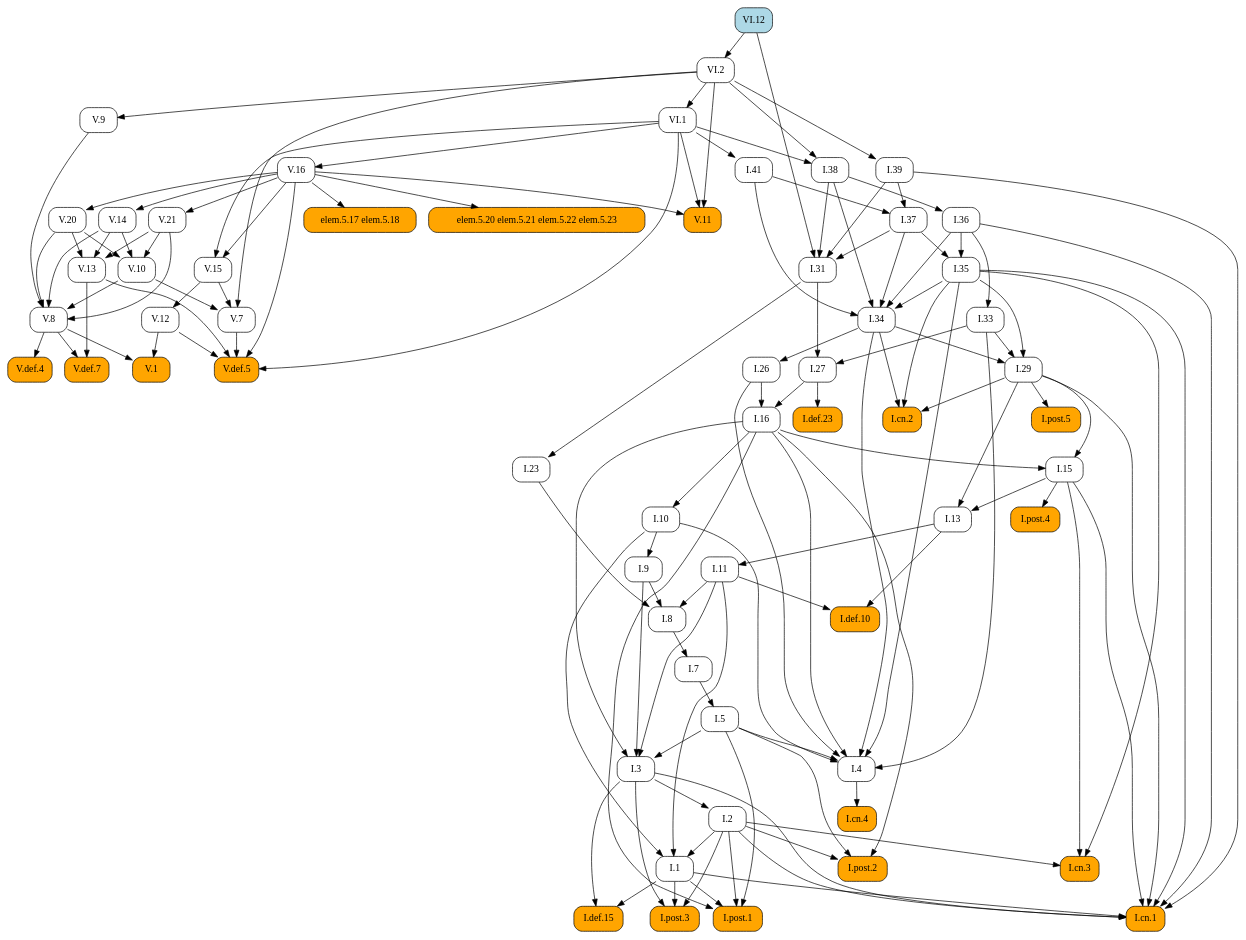
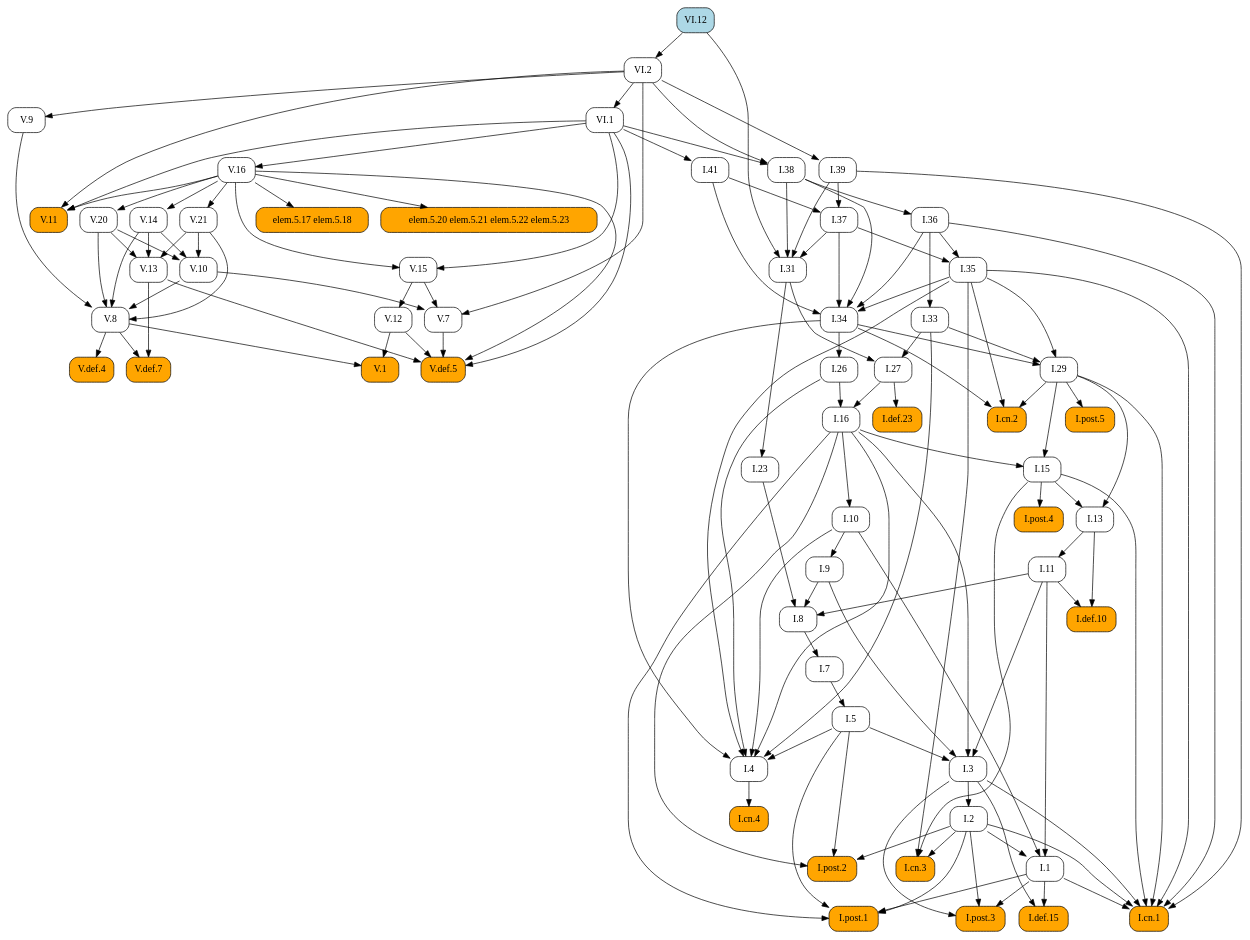
One commit to geometor/elements changed the diagram in docsrc/elements2/VI/12/index.rst. Above: the diagram before and after it, drawn with Graphviz. The commit also changed other lines of this file and 171 other files, not shown here.

```diff
--- a/docsrc/elements2/VI/12/index.rst
+++ b/docsrc/elements2/VI/12/index.rst
@@ -38,165 +38,136 @@
    digraph {
      rankdir="TB";
      node [shape=box, style=rounded];
-     "I.37" [URL="/elements2/I/37/", target="_top"];
+     "I.8" [URL="/elements2/I/8/", target="_top"];
+     "V.20" [URL="/elements2/V/20/", target="_top"];
+     "I.36" [URL="/elements2/I/36/", target="_top"];
+     "V.def.5" [style="rounded,filled", fillcolor=orange, URL="/elements2/V/def.5/", target="_top"];
+     "VI.12" [style="rounded,filled", fillcolor=lightblue, URL="/elements2/VI/12/", target="_top"];
+     "V.def.7" [style="rounded,filled", fillcolor=orange, URL="/elements2/V/def.7/", target="_top"];
+     "I.post.1" [style="rounded,filled", fillcolor=orange, URL="/elements2/I/post.1/", target="_top"];
+     "V.def.4" [style="rounded,filled", fillcolor=orange, URL="/elements2/V/def.4/", target="_top"];
+     "I.33" [URL="/elements2/I/33/", target="_top"];
+     "I.5" [URL="/elements2/I/5/", target="_top"];
+     "I.38" [URL="/elements2/I/38/", target="_top"];
      "elem.5.17 elem.5.18" [style="rounded,filled", fillcolor=orange];
+     "VI.1" [URL="/elements2/VI/1/", target="_top"];
+     "V.11" [style="rounded,filled", fillcolor=orange, URL="/elements2/V/11/", target="_top"];
+     "I.post.5" [style="rounded,filled", fillcolor=orange, URL="/elements2/I/post.5/", target="_top"];
+     "V.13" [URL="/elements2/V/13/", target="_top"];
+     "I.def.10" [style="rounded,filled", fillcolor=orange, URL="/elements2/I/def.10/", target="_top"];
+     "I.cn.2" [style="rounded,filled", fillcolor=orange, URL="/elements2/I/cn.2/", target="_top"];
+     "V.9" [URL="/elements2/V/9/", target="_top"];
+     "V.16" [URL="/elements2/V/16/", target="_top"];
+     "I.def.15" [style="rounded,filled", fillcolor=orange, URL="/elements2/I/def.15/", target="_top"];
+     "I.31" [URL="/elements2/I/31/", target="_top"];
+     "V.15" [URL="/elements2/V/15/", target="_top"];
+     "I.11" [URL="/elements2/I/11/", target="_top"];
+     "I.3" [URL="/elements2/I/3/", target="_top"];
+     "I.def.23" [style="rounded,filled", fillcolor=orange, URL="/elements2/I/def.23/", target="_top"];
+     "I.post.2" [style="rounded,filled", fillcolor=orange, URL="/elements2/I/post.2/", target="_top"];
+     "I.26" [URL="/elements2/I/26/", target="_top"];
+     "V.14" [URL="/elements2/V/14/", target="_top"];
+     "V.10" [URL="/elements2/V/10/", target="_top"];
+     "I.1" [URL="/elements2/I/1/", target="_top"];
+     "I.cn.3" [style="rounded,filled", fillcolor=orange, URL="/elements2/I/cn.3/", target="_top"];
+     "I.cn.4" [style="rounded,filled", fillcolor=orange, URL="/elements2/I/cn.4/", target="_top"];
+     "I.7" [URL="/elements2/I/7/", target="_top"];
+     "I.9" [URL="/elements2/I/9/", target="_top"];
      "V.7" [URL="/elements2/V/7/", target="_top"];
-     "I.def.10" [style="rounded,filled", fillcolor=orange, URL="/elements2/I/def.10/", target="_top"];
-     "VI.12" [style="rounded,filled", fillcolor=lightblue, URL="/elements2/VI/12/", target="_top"];
-     "I.34" [URL="/elements2/I/34/", target="_top"];
-     "V.def.5" [style="rounded,filled", fillcolor=orange, URL="/elements2/V/def.5/", target="_top"];
-     "I.def.15" [style="rounded,filled", fillcolor=orange, URL="/elements2/I/def.15/", target="_top"];
-     "I.post.3" [style="rounded,filled", fillcolor=orange, URL="/elements2/I/post.3/", target="_top"];
-     "I.cn.4" [style="rounded,filled", fillcolor=orange, URL="/elements2/I/cn.4/", target="_top"];
-     "V.def.7" [style="rounded,filled", fillcolor=orange, URL="/elements2/V/def.7/", target="_top"];
-     "I.41" [URL="/elements2/I/41/", target="_top"];
-     "I.36" [URL="/elements2/I/36/", target="_top"];
-     "I.27" [URL="/elements2/I/27/", target="_top"];
-     "V.10" [URL="/elements2/V/10/", target="_top"];
-     "I.post.2" [style="rounded,filled", fillcolor=orange, URL="/elements2/I/post.2/", target="_top"];
-     "I.13" [URL="/elements2/I/13/", target="_top"];
-     "I.10" [URL="/elements2/I/10/", target="_top"];
-     "I.post.1" [style="rounded,filled", fillcolor=orange, URL="/elements2/I/post.1/", target="_top"];
-     "I.7" [URL="/elements2/I/7/", target="_top"];
-     "V.15" [URL="/elements2/V/15/", target="_top"];
-     "V.14" [URL="/elements2/V/14/", target="_top"];
-     "I.11" [URL="/elements2/I/11/", target="_top"];
-     "I.4" [URL="/elements2/I/4/", target="_top"];
-     "V.13" [URL="/elements2/V/13/", target="_top"];
-     "V.16" [URL="/elements2/V/16/", target="_top"];
+     "I.cn.1" [style="rounded,filled", fillcolor=orange, URL="/elements2/I/cn.1/", target="_top"];
+     "I.29" [URL="/elements2/I/29/", target="_top"];
+     "I.16" [URL="/elements2/I/16/", target="_top"];
      "V.1" [style="rounded,filled", fillcolor=orange, URL="/elements2/V/1/", target="_top"];
-     "I.16" [URL="/elements2/I/16/", target="_top"];
-     "I.def.23" [style="rounded,filled", fillcolor=orange, URL="/elements2/I/def.23/", target="_top"];
+     "V.12" [URL="/elements2/V/12/", target="_top"];
      "V.21" [URL="/elements2/V/21/", target="_top"];
      "elem.5.20 elem.5.21 elem.5.22 elem.5.23" [style="rounded,filled", fillcolor=orange];
-     "I.9" [URL="/elements2/I/9/", target="_top"];
-     "I.38" [URL="/elements2/I/38/", target="_top"];
-     "I.8" [URL="/elements2/I/8/", target="_top"];
+     "I.41" [URL="/elements2/I/41/", target="_top"];
+     "I.35" [URL="/elements2/I/35/", target="_top"];
+     "I.13" [URL="/elements2/I/13/", target="_top"];
+     "I.post.4" [style="rounded,filled", fillcolor=orange, URL="/elements2/I/post.4/", target="_top"];
+     "I.27" [URL="/elements2/I/27/", target="_top"];
+     "I.37" [URL="/elements2/I/37/", target="_top"];
+     "I.2" [URL="/elements2/I/2/", target="_top"];
+     "I.4" [URL="/elements2/I/4/", target="_top"];
+     "V.8" [URL="/elements2/V/8/", target="_top"];
+     "VI.2" [URL="/elements2/VI/2/", target="_top"];
+     "I.39" [URL="/elements2/I/39/", target="_top"];
+     "I.10" [URL="/elements2/I/10/", target="_top"];
+     "I.15" [URL="/elements2/I/15/", target="_top"];
+     "I.34" [URL="/elements2/I/34/", target="_top"];
      "I.23" [URL="/elements2/I/23/", target="_top"];
-     "I.15" [URL="/elements2/I/15/", target="_top"];
-     "I.26" [URL="/elements2/I/26/", target="_top"];
-     "VI.2" [URL="/elements2/VI/2/", target="_top"];
-     "I.cn.2" [style="rounded,filled", fillcolor=orange, URL="/elements2/I/cn.2/", target="_top"];
-     "I.2" [URL="/elements2/I/2/", target="_top"];
-     "I.post.5" [style="rounded,filled", fillcolor=orange, URL="/elements2/I/post.5/", target="_top"];
-     "VI.1" [URL="/elements2/VI/1/", target="_top"];
-     "I.1" [URL="/elements2/I/1/", target="_top"];
-     "I.35" [URL="/elements2/I/35/", target="_top"];
-     "V.def.4" [style="rounded,filled", fillcolor=orange, URL="/elements2/V/def.4/", target="_top"];
-     "V.11" [style="rounded,filled", fillcolor=orange, URL="/elements2/V/11/", target="_top"];
-     "V.12" [URL="/elements2/V/12/", target="_top"];
-     "I.33" [URL="/elements2/I/33/", target="_top"];
-     "I.31" [URL="/elements2/I/31/", target="_top"];
-     "I.post.4" [style="rounded,filled", fillcolor=orange, URL="/elements2/I/post.4/", target="_top"];
-     "I.39" [URL="/elements2/I/39/", target="_top"];
-     "I.cn.1" [style="rounded,filled", fillcolor=orange, URL="/elements2/I/cn.1/", target="_top"];
-     "I.3" [URL="/elements2/I/3/", target="_top"];
-     "I.cn.3" [style="rounded,filled", fillcolor=orange, URL="/elements2/I/cn.3/", target="_top"];
-     "V.9" [URL="/elements2/V/9/", target="_top"];
-     "I.29" [URL="/elements2/I/29/", target="_top"];
-     "I.5" [URL="/elements2/I/5/", target="_top"];
-     "V.8" [URL="/elements2/V/8/", target="_top"];
-     "V.20" [URL="/elements2/V/20/", target="_top"];
-     "I.39" -> "I.37";
-     "I.41" -> "I.37";
-     "V.16" -> "elem.5.17 elem.5.18";
-     "V.10" -> "V.7";
-     "V.15" -> "V.7";
-     "VI.2" -> "V.7";
-     "I.11" -> "I.def.10";
-     "I.13" -> "I.def.10";
-     "I.35" -> "I.34";
-     "I.36" -> "I.34";
-     "I.37" -> "I.34";
-     "I.38" -> "I.34";
-     "I.41" -> "I.34";
+     "I.post.3" [style="rounded,filled", fillcolor=orange, URL="/elements2/I/post.3/", target="_top"];
+     "I.9" -> "I.8";
+     "I.11" -> "I.8";
+     "I.23" -> "I.8";
+     "V.16" -> "V.20";
+     "I.38" -> "I.36";
      "V.7" -> "V.def.5";
      "V.12" -> "V.def.5";
      "V.13" -> "V.def.5";
      "V.16" -> "V.def.5";
      "VI.1" -> "V.def.5";
-     "I.1" -> "I.def.15";
-     "I.3" -> "I.def.15";
-     "I.1" -> "I.post.3";
-     "I.2" -> "I.post.3";
-     "I.3" -> "I.post.3";
-     "I.4" -> "I.cn.4";
      "V.8" -> "V.def.7";
      "V.13" -> "V.def.7";
-     "VI.1" -> "I.41";
-     "I.38" -> "I.36";
-     "I.31" -> "I.27";
-     "I.33" -> "I.27";
-     "V.14" -> "V.10";
-     "V.20" -> "V.10";
-     "V.21" -> "V.10";
-     "I.2" -> "I.post.2";
-     "I.5" -> "I.post.2";
-     "I.16" -> "I.post.2";
-     "I.15" -> "I.13";
-     "I.29" -> "I.13";
-     "I.16" -> "I.10";
      "I.1" -> "I.post.1";
      "I.2" -> "I.post.1";
      "I.5" -> "I.post.1";
      "I.16" -> "I.post.1";
-     "I.8" -> "I.7";
-     "V.16" -> "V.15";
-     "VI.1" -> "V.15";
-     "V.16" -> "V.14";
-     "I.13" -> "I.11";
-     "I.5" -> "I.4";
-     "I.10" -> "I.4";
-     "I.16" -> "I.4";
-     "I.26" -> "I.4";
-     "I.33" -> "I.4";
-     "I.34" -> "I.4";
-     "I.35" -> "I.4";
+     "V.8" -> "V.def.4";
+     "I.36" -> "I.33";
+     "I.7" -> "I.5";
+     "VI.1" -> "I.38";
+     "VI.2" -> "I.38";
+     "V.16" -> "elem.5.17 elem.5.18";
+     "VI.2" -> "VI.1";
+     "V.16" -> "V.11";
+     "VI.1" -> "V.11";
+     "VI.2" -> "V.11";
+     "I.29" -> "I.post.5";
      "V.14" -> "V.13";
      "V.20" -> "V.13";
      "V.21" -> "V.13";
-     "VI.1" -> "V.16";
-     "V.8" -> "V.1";
-     "V.12" -> "V.1";
-     "I.26" -> "I.16";
-     "I.27" -> "I.16";
-     "I.27" -> "I.def.23";
-     "V.16" -> "V.21";
-     "V.16" -> "elem.5.20 elem.5.21 elem.5.22 elem.5.23";
-     "I.10" -> "I.9";
-     "VI.1" -> "I.38";
-     "VI.2" -> "I.38";
-     "I.9" -> "I.8";
-     "I.11" -> "I.8";
-     "I.23" -> "I.8";
-     "I.31" -> "I.23";
-     "I.16" -> "I.15";
-     "I.29" -> "I.15";
-     "I.34" -> "I.26";
-     "VI.12" -> "VI.2";
+     "I.11" -> "I.def.10";
+     "I.13" -> "I.def.10";
      "I.29" -> "I.cn.2";
      "I.34" -> "I.cn.2";
      "I.35" -> "I.cn.2";
-     "I.3" -> "I.2";
-     "I.29" -> "I.post.5";
-     "VI.2" -> "VI.1";
-     "I.2" -> "I.1";
-     "I.10" -> "I.1";
-     "I.11" -> "I.1";
-     "I.36" -> "I.35";
-     "I.37" -> "I.35";
-     "V.8" -> "V.def.4";
-     "V.16" -> "V.11";
-     "VI.1" -> "V.11";
-     "VI.2" -> "V.11";
-     "V.15" -> "V.12";
-     "I.36" -> "I.33";
+     "VI.2" -> "V.9";
+     "VI.1" -> "V.16";
+     "I.1" -> "I.def.15";
+     "I.3" -> "I.def.15";
      "I.37" -> "I.31";
      "I.38" -> "I.31";
      "I.39" -> "I.31";
      "VI.12" -> "I.31";
-     "I.15" -> "I.post.4";
-     "VI.2" -> "I.39";
+     "V.16" -> "V.15";
+     "VI.1" -> "V.15";
+     "I.13" -> "I.11";
+     "I.5" -> "I.3";
+     "I.9" -> "I.3";
+     "I.11" -> "I.3";
+     "I.16" -> "I.3";
+     "I.27" -> "I.def.23";
+     "I.2" -> "I.post.2";
+     "I.5" -> "I.post.2";
+     "I.16" -> "I.post.2";
+     "I.34" -> "I.26";
+     "V.16" -> "V.14";
+     "V.14" -> "V.10";
+     "V.20" -> "V.10";
+     "V.21" -> "V.10";
+     "I.2" -> "I.1";
+     "I.10" -> "I.1";
+     "I.11" -> "I.1";
+     "I.2" -> "I.cn.3";
+     "I.15" -> "I.cn.3";
+     "I.35" -> "I.cn.3";
+     "I.4" -> "I.cn.4";
+     "I.8" -> "I.7";
+     "I.10" -> "I.9";
+     "V.10" -> "V.7";
+     "V.15" -> "V.7";
+     "VI.2" -> "V.7";
      "I.1" -> "I.cn.1";
      "I.2" -> "I.cn.1";
      "I.3" -> "I.cn.1";
@@ -205,22 +176,51 @@
      "I.35" -> "I.cn.1";
      "I.36" -> "I.cn.1";
      "I.39" -> "I.cn.1";
-     "I.5" -> "I.3";
-     "I.9" -> "I.3";
-     "I.11" -> "I.3";
-     "I.16" -> "I.3";
-     "I.2" -> "I.cn.3";
-     "I.15" -> "I.cn.3";
-     "I.35" -> "I.cn.3";
-     "VI.2" -> "V.9";
      "I.33" -> "I.29";
      "I.34" -> "I.29";
      "I.35" -> "I.29";
-     "I.7" -> "I.5";
+     "I.26" -> "I.16";
+     "I.27" -> "I.16";
+     "V.8" -> "V.1";
+     "V.12" -> "V.1";
+     "V.15" -> "V.12";
+     "V.16" -> "V.21";
+     "V.16" -> "elem.5.20 elem.5.21 elem.5.22 elem.5.23";
+     "VI.1" -> "I.41";
+     "I.36" -> "I.35";
+     "I.37" -> "I.35";
+     "I.15" -> "I.13";
+     "I.29" -> "I.13";
+     "I.15" -> "I.post.4";
+     "I.31" -> "I.27";
+     "I.33" -> "I.27";
+     "I.39" -> "I.37";
+     "I.41" -> "I.37";
+     "I.3" -> "I.2";
+     "I.5" -> "I.4";
+     "I.10" -> "I.4";
+     "I.16" -> "I.4";
+     "I.26" -> "I.4";
+     "I.33" -> "I.4";
+     "I.34" -> "I.4";
+     "I.35" -> "I.4";
      "V.9" -> "V.8";
      "V.10" -> "V.8";
      "V.14" -> "V.8";
      "V.20" -> "V.8";
      "V.21" -> "V.8";
-     "V.16" -> "V.20";
+     "VI.12" -> "VI.2";
+     "VI.2" -> "I.39";
+     "I.16" -> "I.10";
+     "I.16" -> "I.15";
+     "I.29" -> "I.15";
+     "I.35" -> "I.34";
+     "I.36" -> "I.34";
+     "I.37" -> "I.34";
+     "I.38" -> "I.34";
+     "I.41" -> "I.34";
+     "I.31" -> "I.23";
+     "I.1" -> "I.post.3";
+     "I.2" -> "I.post.3";
+     "I.3" -> "I.post.3";
    }
```
